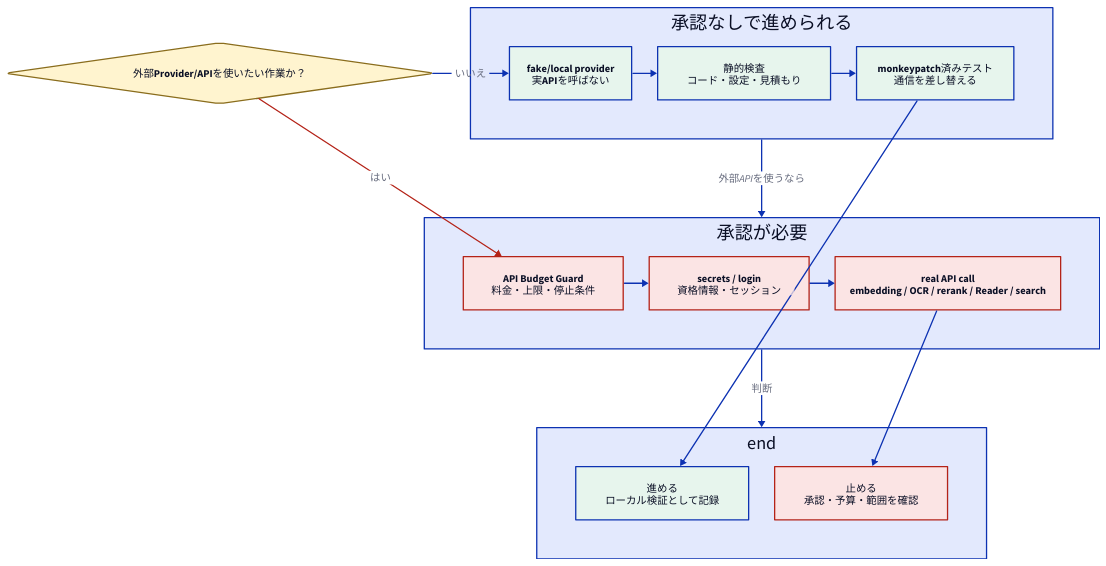
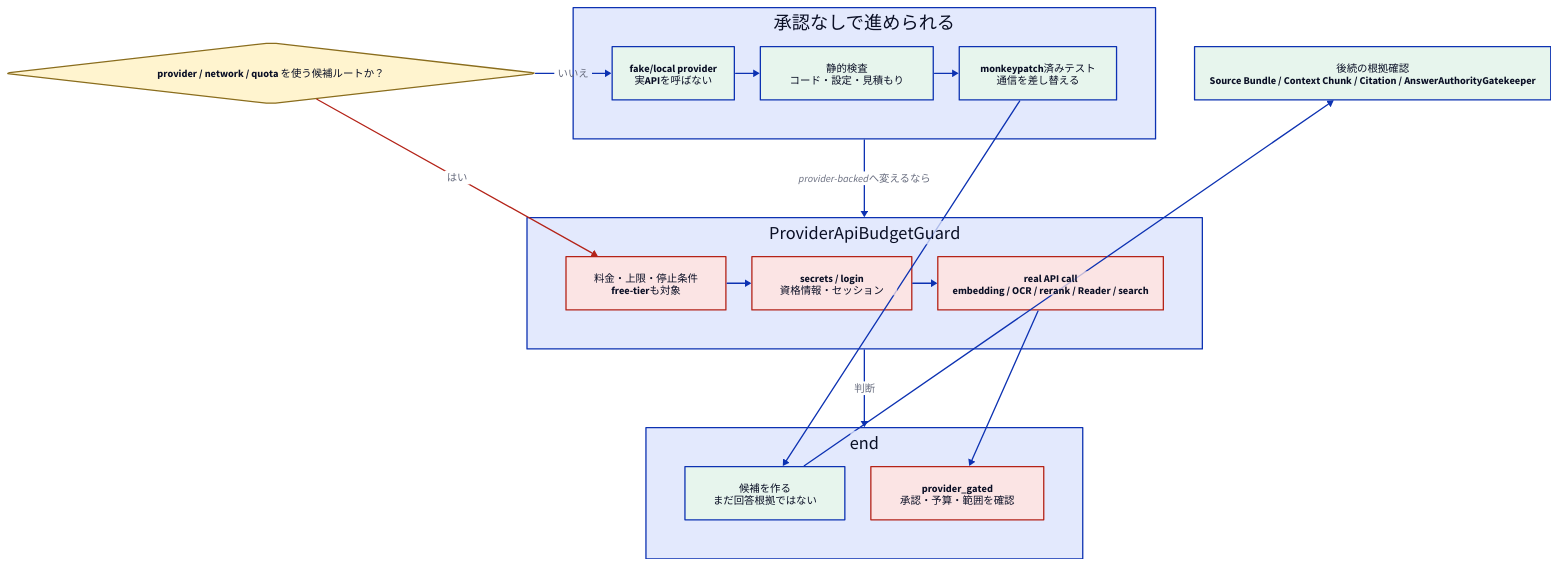
One commit to masanori64/research_x changed the diagram in docs/presentation/diagrams/runtime-boundary.d2. Above: the diagram before and after it, drawn with D2. The commit also changed 48 other files, not shown here.

Commit message:
Refresh final memory flow docs

```diff
--- a/docs/presentation/diagrams/runtime-boundary.d2
+++ b/docs/presentation/diagrams/runtime-boundary.d2
@@ -1,94 +1,100 @@
 direction: down
 
 vars: {
   ok: "#e7f5ed"
   warn: "#fff4cf"
   stop: "#fbe4e4"
   ink: "#22313f"
 }
 
 classes: {
   box: {
     style.border-radius: 5
     style.stroke: "#4f6578"
     style.font-color: ${ink}
   }
   ok: {
     style.fill: ${ok}
   }
   warn: {
     style.fill: ${warn}
   }
   stop: {
     style.fill: ${stop}
     style.stroke: "#b42318"
     style.stroke-width: 2
   }
 }
 
-ask: "外部Provider/APIを使いたい作業か？" {
+ask: "provider / network / quota を使う候補ルートか？" {
   shape: diamond
   style.fill: ${warn}
   style.stroke: "#8a6d1d"
 }
 
 local: {
   label: "承認なしで進められる"
   grid-columns: 3
   fake: "fake/local provider\n実APIを呼ばない" {
     class: box
     class: ok
   }
   static: "静的検査\nコード・設定・見積もり" {
     class: box
     class: ok
   }
   tests: "monkeypatch済みテスト\n通信を差し替える" {
     class: box
     class: ok
   }
 }
 
-gate: {
-  label: "承認が必要"
+guard: {
+  label: "ProviderApiBudgetGuard"
   grid-columns: 3
-  budget: "API Budget Guard\n料金・上限・停止条件" {
+  budget: "料金・上限・停止条件\nfree-tierも対象" {
     class: box
     class: stop
   }
   secrets: "secrets / login\n資格情報・セッション" {
     class: box
     class: stop
   }
   provider: "real API call\nembedding / OCR / rerank / Reader / search" {
     class: box
     class: stop
   }
 }
 
 end: {
   grid-columns: 2
-  proceed: "進める\nローカル検証として記録" {
+  proceed: "候補を作る\nまだ回答根拠ではない" {
     class: box
     class: ok
   }
-  stop: "止める\n承認・予算・範囲を確認" {
+  stop: "provider_gated\n承認・予算・範囲を確認" {
     class: box
     class: stop
   }
 }
 
-local -> gate: "外部APIを使うなら"
-gate -> end: "判断"
+evidence: "後続の根拠確認\nSource Bundle / Context Chunk / Citation / AnswerAuthorityGatekeeper" {
+  class: box
+  class: ok
+}
+
+local -> guard: "provider-backedへ変えるなら"
+guard -> end: "判断"
 
 ask -> local.fake: "いいえ"
 local.fake -> local.static
 local.static -> local.tests
 local.tests -> end.proceed
+end.proceed -> evidence
 
-ask -> gate.budget: "はい" {
+ask -> guard.budget: "はい" {
   style.stroke: "#b42318"
 }
-gate.budget -> gate.secrets
-gate.secrets -> gate.provider
-gate.provider -> end.stop
+guard.budget -> guard.secrets
+guard.secrets -> guard.provider
+guard.provider -> end.stop
```
